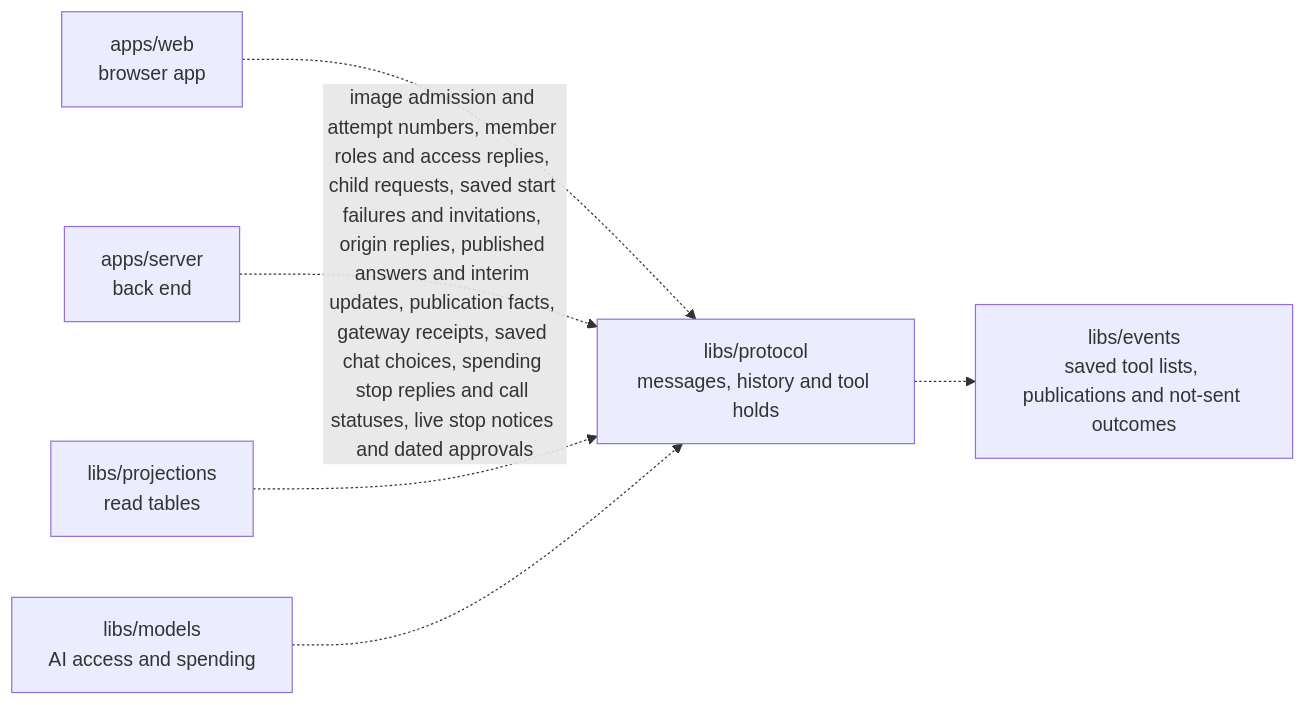
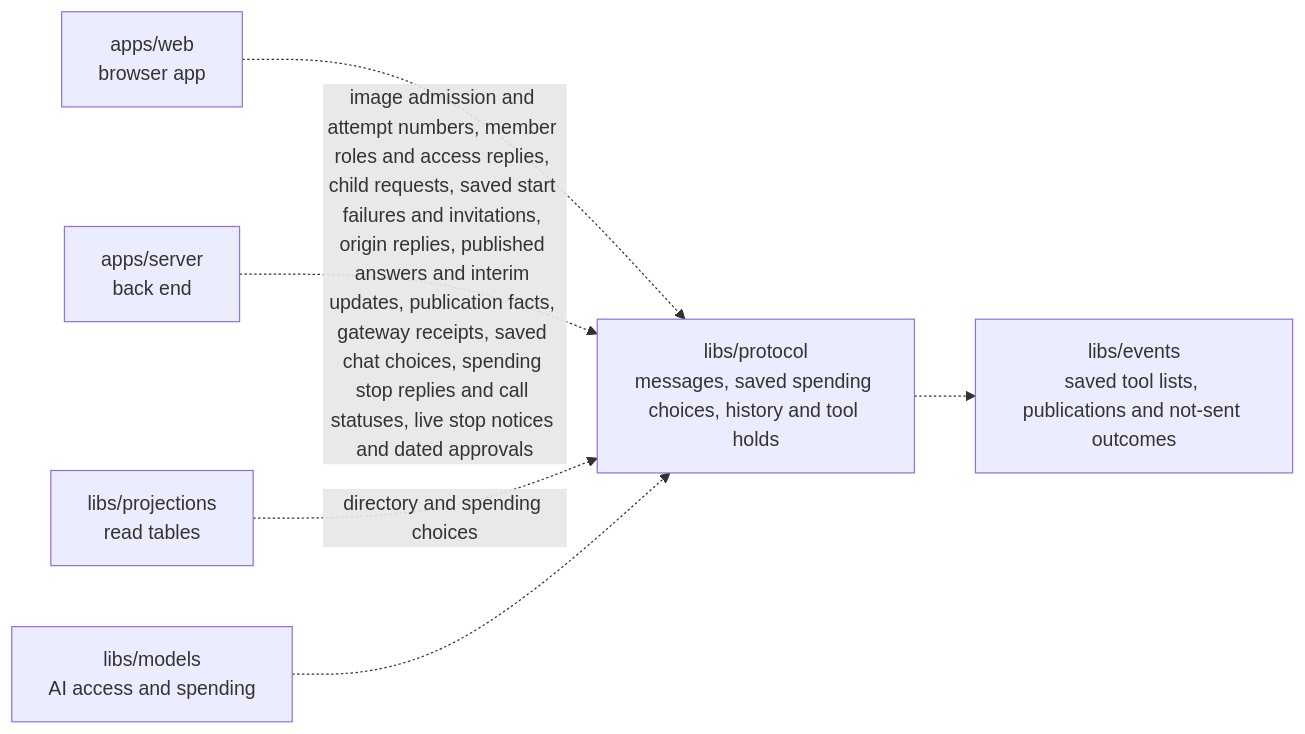
The diagram in libs/protocol/README.md (elewa-git/opencrane-new), drawn with Mermaid before and after one commit. The commit also changed other lines of this file and 19 other files, not shown here.

````diff
--- a/libs/protocol/README.md
+++ b/libs/protocol/README.md
@@ -11,8 +11,8 @@
 ```mermaid
 flowchart LR
-  web["apps/web<br/>browser app"] -.-> protocol["libs/protocol<br/>messages, history and tool holds"]
+  web["apps/web<br/>browser app"] -.-> protocol["libs/protocol<br/>messages, saved spending choices, history and tool holds"]
   server["apps/server<br/>back end"] -.->|image admission and attempt numbers, member roles and access replies, child requests, saved start failures and invitations, origin replies, published answers and interim updates, publication facts, gateway receipts, saved chat choices, spending stop replies and call statuses, live stop notices and dated approvals| protocol
-  projections["libs/projections<br/>read tables"] -.-> protocol
+  projections["libs/projections<br/>read tables"] -.->|directory and spending choices| protocol
   models["libs/models<br/>AI access and spending"] -.-> protocol
   protocol -.-> events["libs/events<br/>saved tool lists, publications and not-sent outcomes"]
 ```
````
